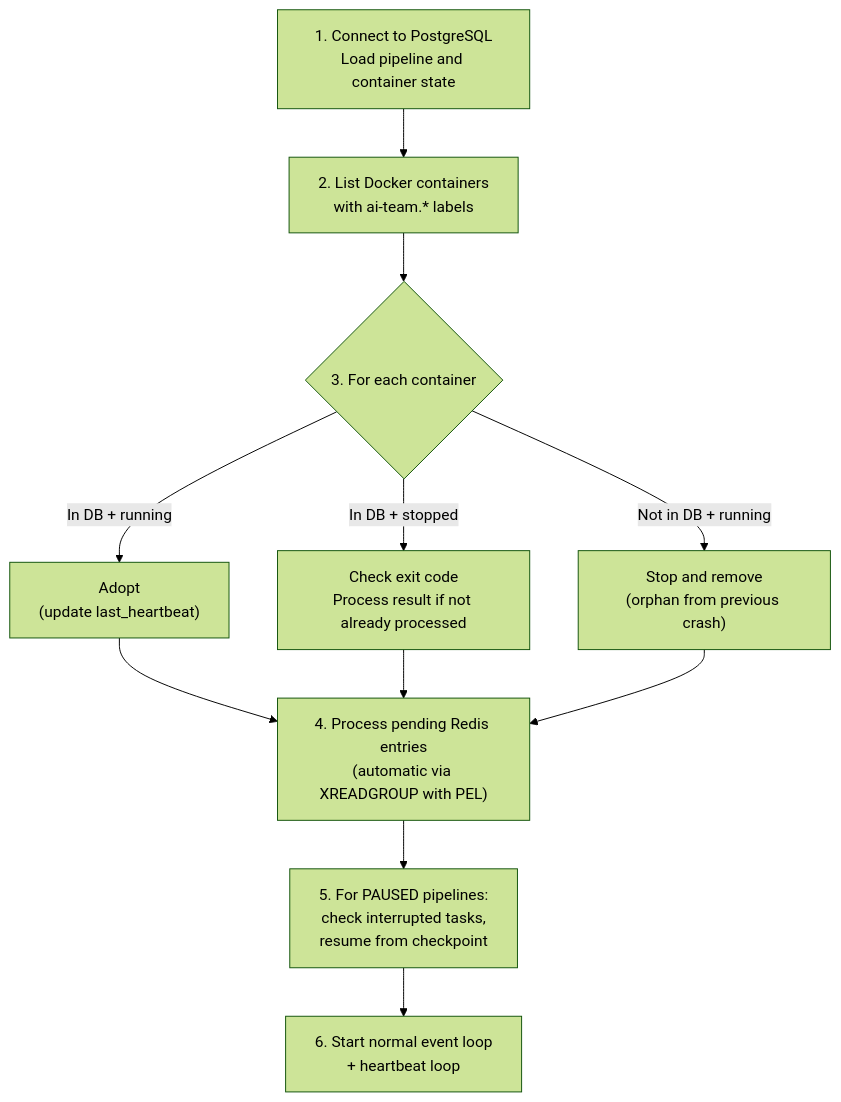
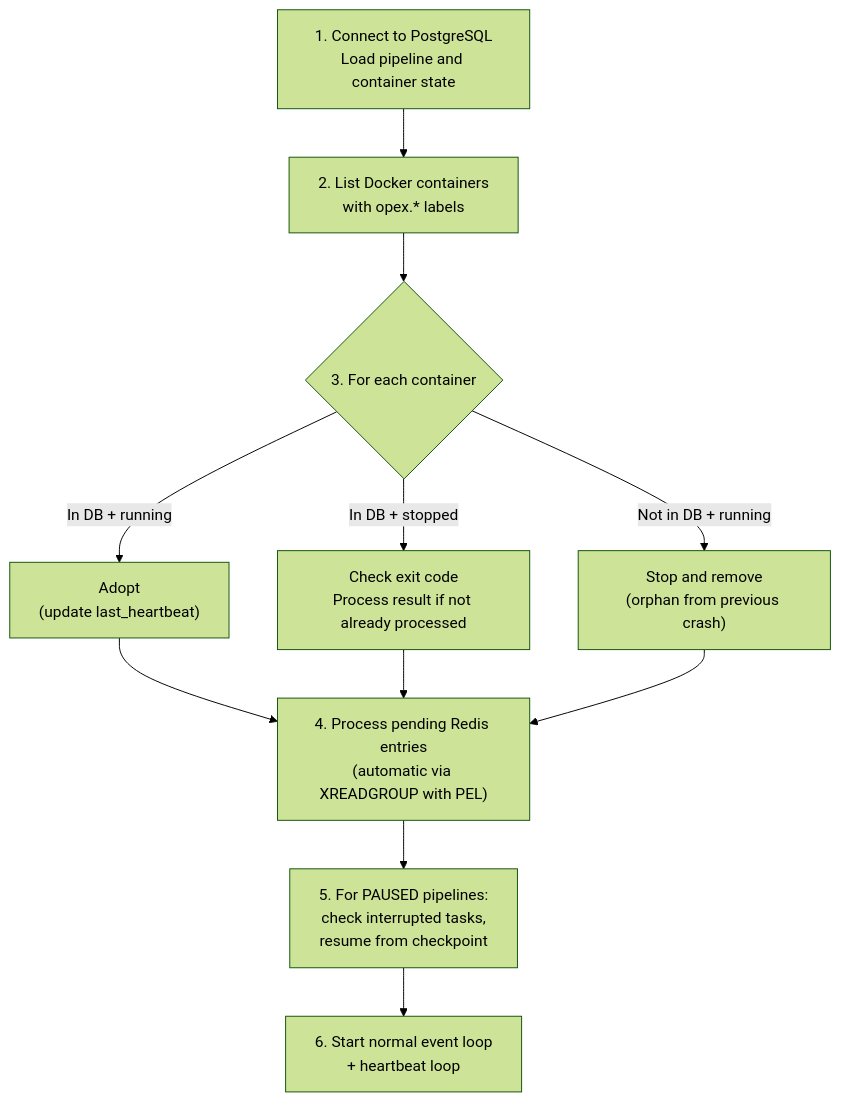
Before and after one commit to 0xc14m1z/opex: the eighth of 8 diagrams in docs/specs/13-orchestrator.md, drawn with Mermaid (forest theme). The commit also changed other lines of this file and 24 other files, not shown here.

First line of the commit message:
docs: rename ai-team to opex across all specs and docs

````diff
--- a/docs/specs/13-orchestrator.md
+++ b/docs/specs/13-orchestrator.md
@@ -751,11 +751,11 @@
 ```mermaid
 flowchart TD
-    A["1. Connect to PostgreSQL\nLoad pipeline and container state"] --> B["2. List Docker containers\nwith ai-team.* labels"]
+    A["1. Connect to PostgreSQL\nLoad pipeline and container state"] --> B["2. List Docker containers\nwith opex.* labels"]
     B --> C{"3. For each container"}
     C -->|"In DB + running"| D["Adopt\n(update last_heartbeat)"]
     C -->|"In DB + stopped"| E["Check exit code\nProcess result if not already processed"]
     C -->|"Not in DB + running"| F["Stop and remove\n(orphan from previous crash)"]
     D & E & F --> G["4. Process pending Redis entries\n(automatic via XREADGROUP with PEL)"]
     G --> H["5. For PAUSED pipelines:\ncheck interrupted tasks,\nresume from checkpoint"]
     H --> I["6. Start normal event loop\n+ heartbeat loop"]
 ```
````
